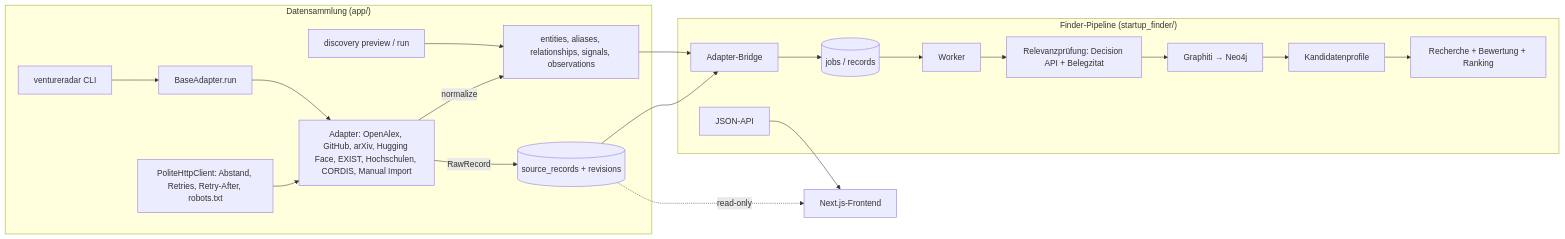
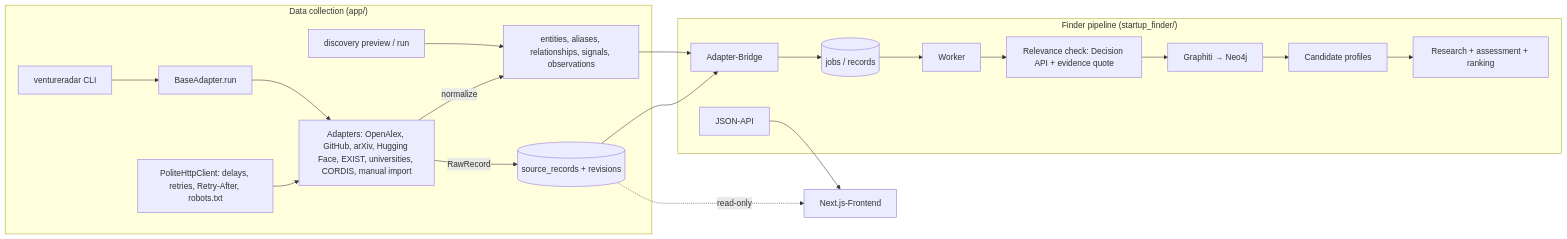
Before and after one commit to ceennkk/StartUp-Finder: the first of 2 diagrams in README.md, drawn with Mermaid. The commit also changed other lines of this file, not shown here.

````diff
--- a/README.md
+++ b/README.md
@@ -78,24 +78,24 @@
 ```mermaid
 flowchart LR
-  subgraph Collector["Datensammlung (app/)"]
+  subgraph Collector["Data collection (app/)"]
     CLI[ventureradar CLI] --> RUN[BaseAdapter.run]
-    HTTP[PoliteHttpClient: Abstand, Retries, Retry-After, robots.txt] --> A
-    RUN --> A[Adapter: OpenAlex, GitHub, arXiv, Hugging Face, EXIST, Hochschulen, CORDIS, Manual Import]
+    HTTP[PoliteHttpClient: delays, retries, Retry-After, robots.txt] --> A
+    RUN --> A[Adapters: OpenAlex, GitHub, arXiv, Hugging Face, EXIST, universities, CORDIS, manual import]
     A -->|RawRecord| SR[(source_records + revisions)]
     A -->|normalize| N[entities, aliases, relationships, signals, observations]
     DISC[discovery preview / run] --> N
   end
-  subgraph Finder["Finder-Pipeline (startup_finder/)"]
+  subgraph Finder["Finder pipeline (startup_finder/)"]
     BR[Adapter-Bridge] --> J[(jobs / records)]
     J --> W[Worker]
-    W --> DEC[Relevanzprüfung: Decision API + Belegzitat]
+    W --> DEC[Relevance check: Decision API + evidence quote]
     DEC --> G[Graphiti → Neo4j]
-    G --> C[Kandidatenprofile]
-    C --> R[Recherche + Bewertung + Ranking]
+    G --> C[Candidate profiles]
+    C --> R[Research + assessment + ranking]
     API[JSON-API]
   end
   SR --> BR
   N --> BR
   API --> FE[Next.js-Frontend]
   SR -. read-only .-> FE
 ```
````
